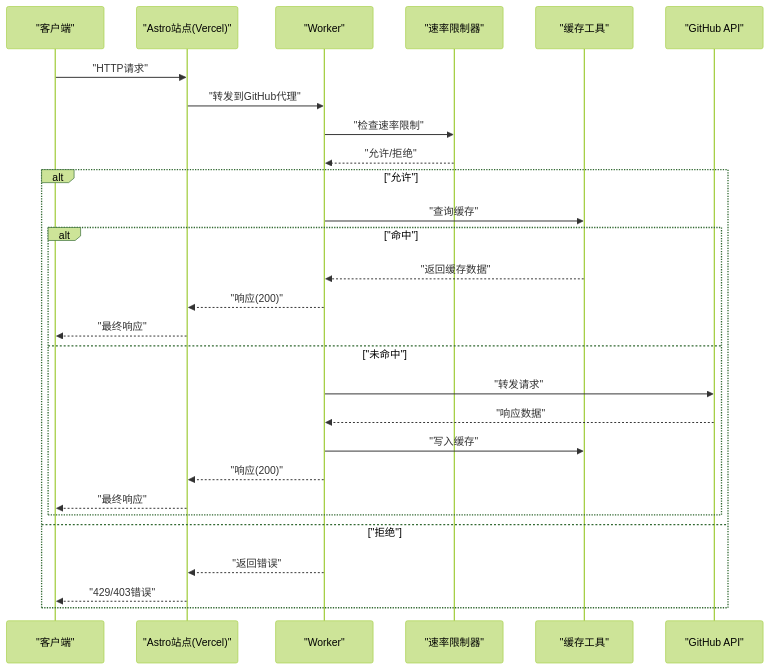
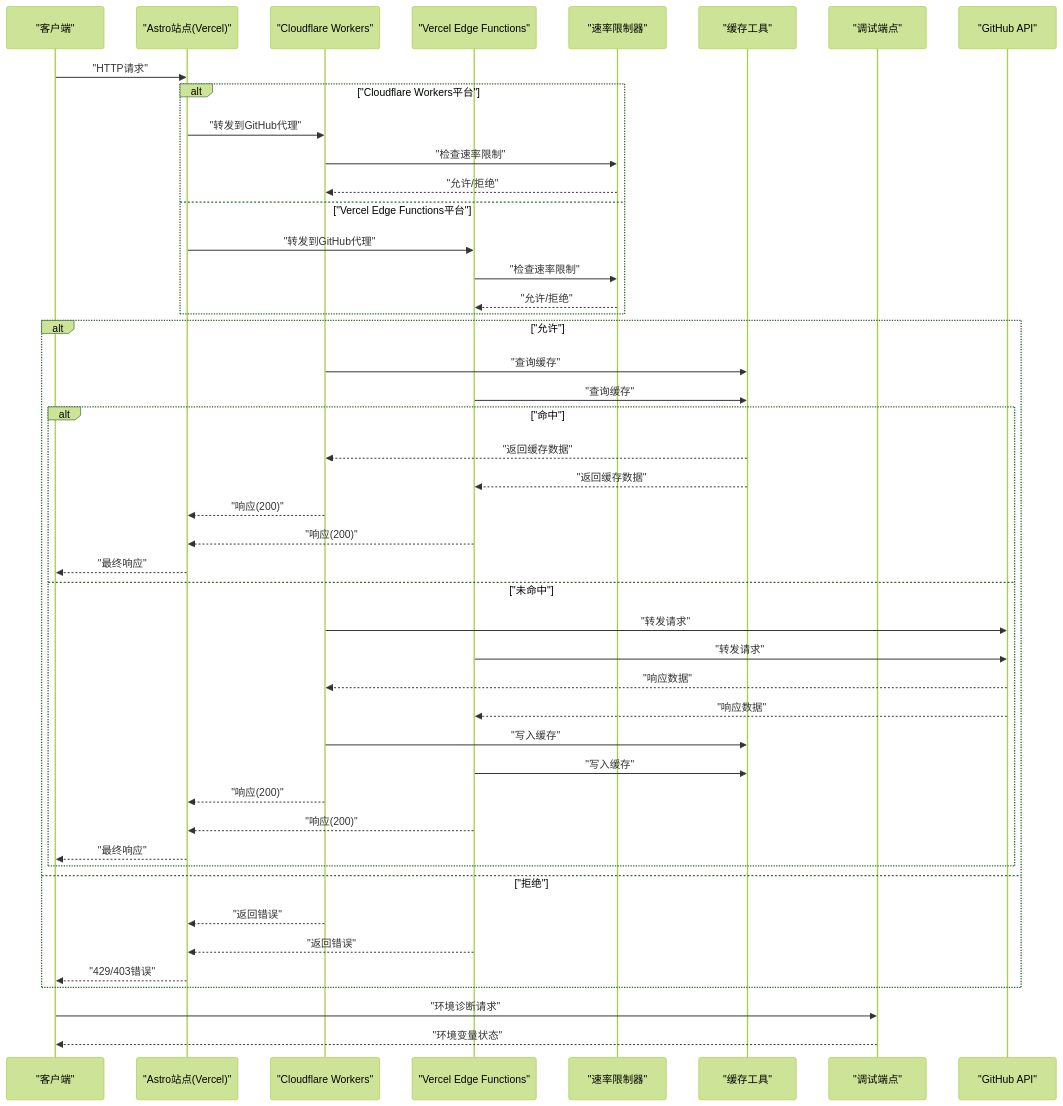
One commit to olx2990684400-sketch/olx-my-blog changed the second of 8 diagrams in .qoder/repowiki/zh/content/Cloudflare Workers服务/GitHub代理服务.md. Above: the diagram before and after it, drawn with Mermaid (forest theme). The commit also changed other lines of this file and 74 other files, not shown here.

````diff
--- a/.qoder/repowiki/zh/content/Cloudflare Workers服务/GitHub代理服务.md
+++ b/.qoder/repowiki/zh/content/Cloudflare Workers服务/GitHub代理服务.md
@@ -121,30 +135,48 @@
 ```mermaid
 sequenceDiagram
 participant C as "客户端"
 participant A as "Astro站点(Vercel)"
-participant W as "Worker"
+participant W as "Cloudflare Workers"
+participant EF as "Vercel Edge Functions"
 participant RL as "速率限制器"
 participant CA as "缓存工具"
+participant DBG as "调试端点"
 participant GH as "GitHub API"
 C->>A : "HTTP请求"
+alt "Cloudflare Workers平台"
 A->>W : "转发到GitHub代理"
 W->>RL : "检查速率限制"
 RL-->>W : "允许/拒绝"
+else "Vercel Edge Functions平台"
+A->>EF : "转发到GitHub代理"
+EF->>RL : "检查速率限制"
+RL-->>EF : "允许/拒绝"
+end
 alt "允许"
 W->>CA : "查询缓存"
+EF->>CA : "查询缓存"
 alt "命中"
 CA-->>W : "返回缓存数据"
+CA-->>EF : "返回缓存数据"
 W-->>A : "响应(200)"
+EF-->>A : "响应(200)"
 A-->>C : "最终响应"
 else "未命中"
 W->>GH : "转发请求"
+EF->>GH : "转发请求"
 GH-->>W : "响应数据"
+GH-->>EF : "响应数据"
 W->>CA : "写入缓存"
+EF->>CA : "写入缓存"
 W-->>A : "响应(200)"
+EF-->>A : "响应(200)"
 A-->>C : "最终响应"
 end
 else "拒绝"
 W-->>A : "返回错误"
+EF-->>A : "返回错误"
 A-->>C : "429/403错误"
 end
+C->>DBG : "环境诊断请求"
+DBG-->>C : "环境变量状态"
 ```
````
